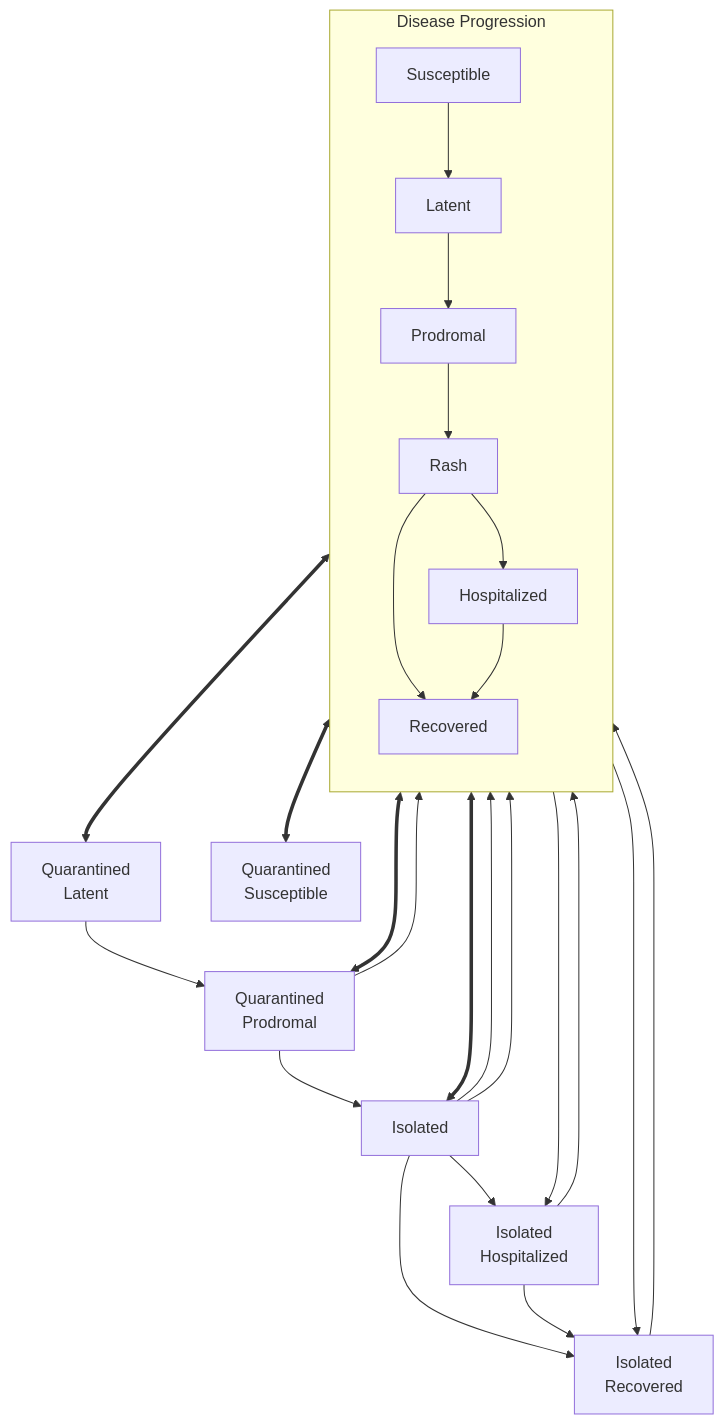
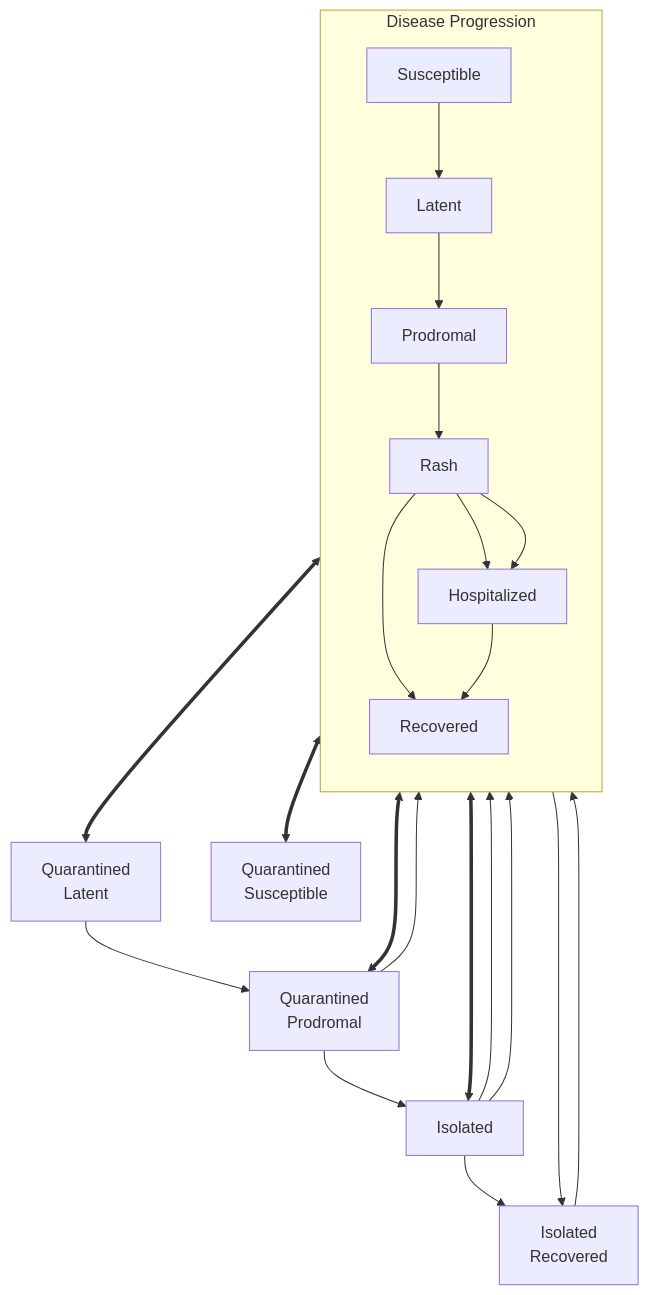
One commit to UofUEpiBio/epiworld changed the diagram in include/epiworld/models/measlesschool.mmd. Above: the diagram before and after it, drawn with Mermaid. The commit also changed 28 other files, not shown here.

```diff
--- a/include/epiworld/models/measlesschool.mmd
+++ b/include/epiworld/models/measlesschool.mmd
@@ -1,52 +1,48 @@
 flowchart TB
 
     %% Disease progression states
     subgraph Main[Disease Progression]
         direction TB
         S[Susceptible]
         E[Latent]
         P[Prodromal]
         Ra[Rash]
         Re[Recovered]
         H[Hospitalized]
     end
 
     S --> E
     E --> P
     P --> Ra
     Ra --> Re
     
     Ra --> H
     H --> Re
 
     %% Quarantine states
     Qe[Quarantined<br>Latent]
     Qs[Quarantined<br>Susceptible]
     Qp[Quarantined<br>Prodromal]
     I[Isolated]
-    Ih[Isolated<br>Hospitalized]
     Ir[Isolated<br>Recovered]
 
     %% Isolation process
     Ra <==> I
     Ra --> Ir
-    Ra --> Ih
+    Ra --> H
 
     I --> Re
-    I --> Ih
     I --> H
 
     I --> Ir
-    Ih --> Ir
-    Ih --> Re
     Ir --> Re
 
     %% Quarantine process
     S <==> Qs
     E <==> Qe
 
     Qe --> Qp
     Qp --> I
     Qp --> Ra
 
     P <==> Qp
```
